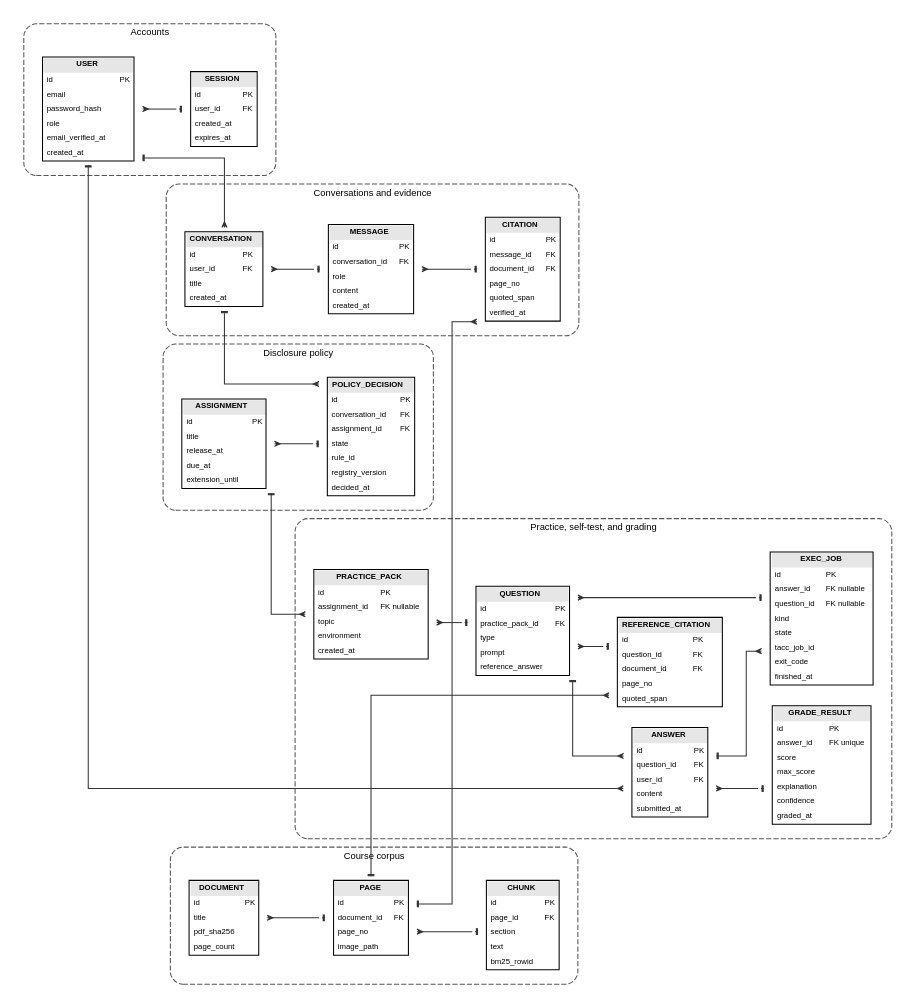
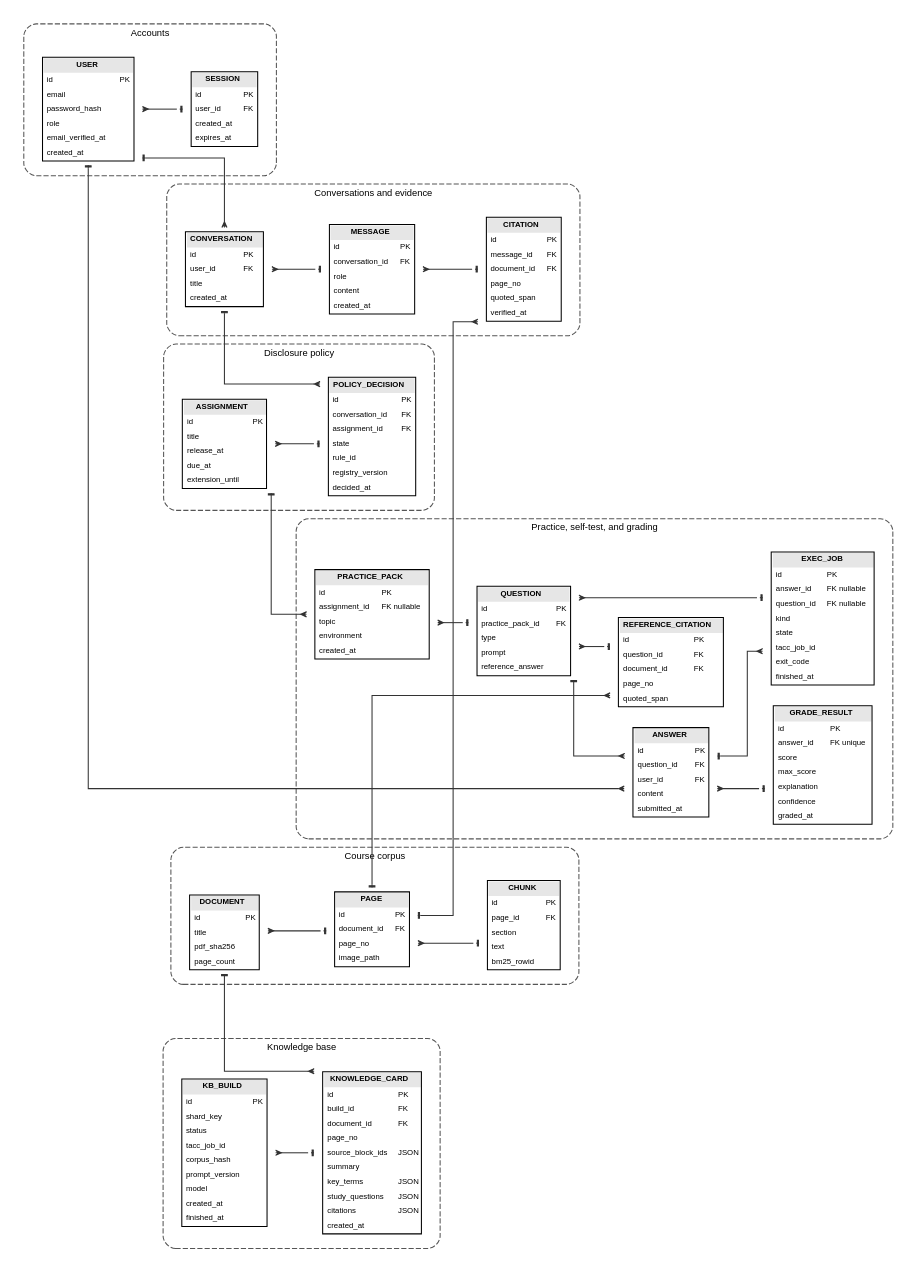
Before and after one commit to Kane-LI-0114/verifiable-tutor: the diagram in docs/figures/prd-er.dot, drawn with Graphviz. The commit also changed 26 other files, not shown here.

First line of the commit message:
docs(repo): make TACC a required model-serving backend with an offline knowledge base

```diff
--- a/docs/figures/prd-er.dot
+++ b/docs/figures/prd-er.dot
@@ -158,6 +158,35 @@
     </TABLE>>];
   }
 
+  subgraph cluster_kb {
+    label="Knowledge base"; fontsize=9; style="rounded,dashed"; color="#555555"; margin=10;
+    kbbuild [label=<<TABLE BORDER="1" CELLBORDER="0" CELLSPACING="0" CELLPADDING="3" BGCOLOR="white">
+      <TR><TD BGCOLOR="#e6e6e6" COLSPAN="2"><B>KB_BUILD</B></TD></TR>
+      <TR><TD ALIGN="LEFT">id</TD><TD ALIGN="LEFT">PK</TD></TR>
+      <TR><TD ALIGN="LEFT">shard_key</TD><TD ALIGN="LEFT"> </TD></TR>
+      <TR><TD ALIGN="LEFT">status</TD><TD ALIGN="LEFT"> </TD></TR>
+      <TR><TD ALIGN="LEFT">tacc_job_id</TD><TD ALIGN="LEFT"> </TD></TR>
+      <TR><TD ALIGN="LEFT">corpus_hash</TD><TD ALIGN="LEFT"> </TD></TR>
+      <TR><TD ALIGN="LEFT">prompt_version</TD><TD ALIGN="LEFT"> </TD></TR>
+      <TR><TD ALIGN="LEFT">model</TD><TD ALIGN="LEFT"> </TD></TR>
+      <TR><TD ALIGN="LEFT">created_at</TD><TD ALIGN="LEFT"> </TD></TR>
+      <TR><TD ALIGN="LEFT">finished_at</TD><TD ALIGN="LEFT"> </TD></TR>
+    </TABLE>>];
+    kbcard [label=<<TABLE BORDER="1" CELLBORDER="0" CELLSPACING="0" CELLPADDING="3" BGCOLOR="white">
+      <TR><TD BGCOLOR="#e6e6e6" COLSPAN="2"><B>KNOWLEDGE_CARD</B></TD></TR>
+      <TR><TD ALIGN="LEFT">id</TD><TD ALIGN="LEFT">PK</TD></TR>
+      <TR><TD ALIGN="LEFT">build_id</TD><TD ALIGN="LEFT">FK</TD></TR>
+      <TR><TD ALIGN="LEFT">document_id</TD><TD ALIGN="LEFT">FK</TD></TR>
+      <TR><TD ALIGN="LEFT">page_no</TD><TD ALIGN="LEFT"> </TD></TR>
+      <TR><TD ALIGN="LEFT">source_block_ids</TD><TD ALIGN="LEFT">JSON</TD></TR>
+      <TR><TD ALIGN="LEFT">summary</TD><TD ALIGN="LEFT"> </TD></TR>
+      <TR><TD ALIGN="LEFT">key_terms</TD><TD ALIGN="LEFT">JSON</TD></TR>
+      <TR><TD ALIGN="LEFT">study_questions</TD><TD ALIGN="LEFT">JSON</TD></TR>
+      <TR><TD ALIGN="LEFT">citations</TD><TD ALIGN="LEFT">JSON</TD></TR>
+      <TR><TD ALIGN="LEFT">created_at</TD><TD ALIGN="LEFT"> </TD></TR>
+    </TABLE>>];
+  }
+
   user -> session;
   user -> conversation;
   user -> answer;
@@ -176,4 +205,6 @@
   answer -> grade;
   question -> execjob;
   answer -> execjob;
+  kbbuild -> kbcard;
+  document -> kbcard;
 }
```
